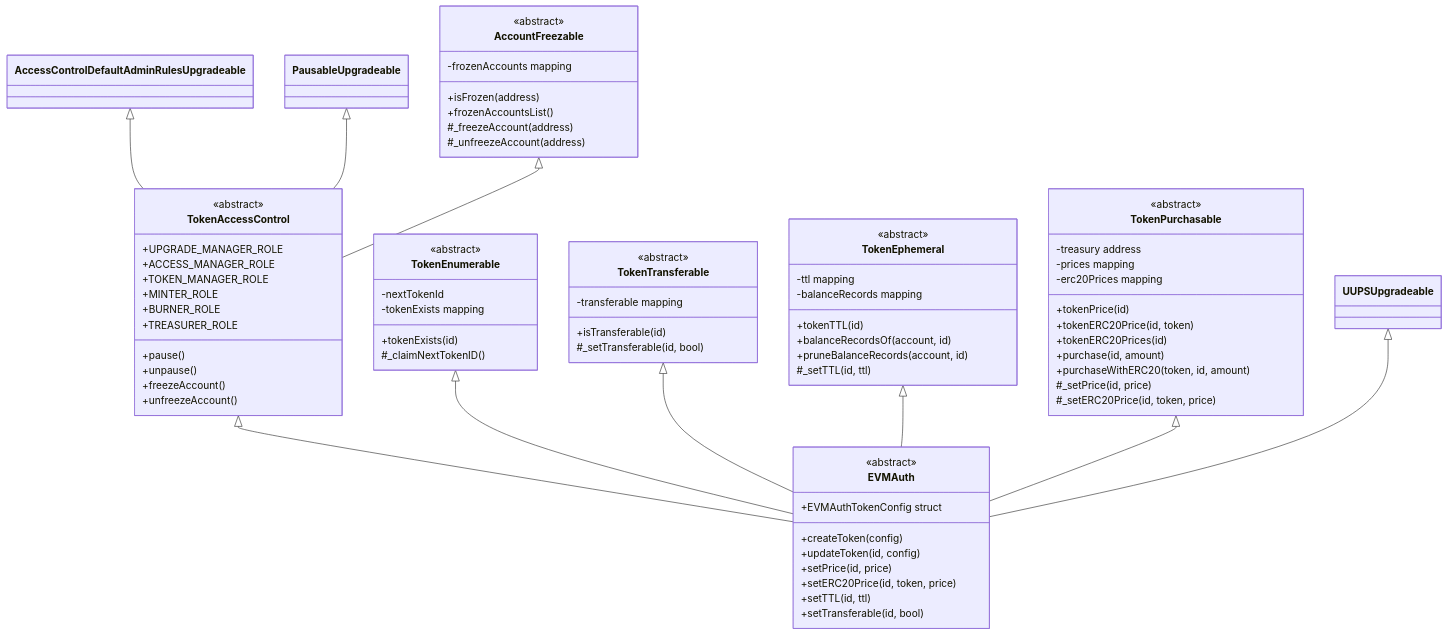
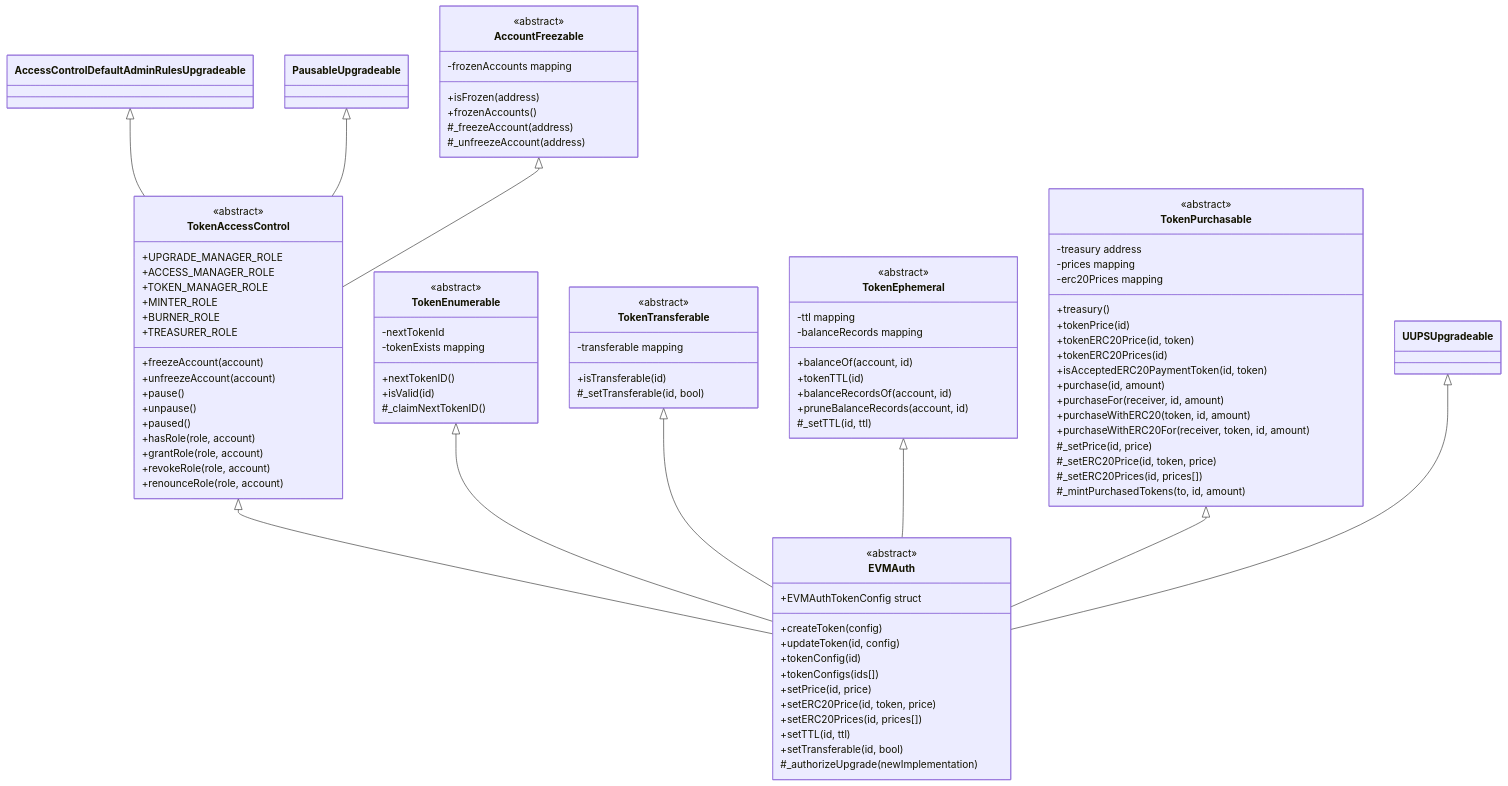
The first of 3 diagrams in src/README.md (glanzz/evmauth-core), drawn with Mermaid before and after one commit. The commit also changed other lines of this file, not shown here.

Commit message:
docs: ensure all class diagrams are accurate

```diff
--- a/src/README.md
+++ b/src/README.md
@@ -22,17 +22,24 @@
         +MINTER_ROLE
         +BURNER_ROLE
         +TREASURER_ROLE
+        +freezeAccount(account)
+        +unfreezeAccount(account)
+        <<inherited from Pausable>>
         +pause()
         +unpause()
-        +freezeAccount()
-        +unfreezeAccount()
+        +paused()
+        <<inherited from AccessControl>>
+        +hasRole(role, account)
+        +grantRole(role, account)
+        +revokeRole(role, account)
+        +renounceRole(role, account)
     }
     
     class AccountFreezable {
         <<abstract>>
         -frozenAccounts mapping
         +isFrozen(address)
-        +frozenAccountsList()
+        +frozenAccounts()
         #_freezeAccount(address)
         #_unfreezeAccount(address)
     }
@@ -41,7 +48,8 @@
         <<abstract>>
         -nextTokenId
         -tokenExists mapping
-        +tokenExists(id)
+        +nextTokenID()
+        +isValid(id)
         #_claimNextTokenID()
     }
     
@@ -56,6 +64,7 @@
         <<abstract>>
         -ttl mapping
         -balanceRecords mapping
+        +balanceOf(account, id)
         +tokenTTL(id)
         +balanceRecordsOf(account, id)
         +pruneBalanceRecords(account, id)
@@ -67,13 +76,19 @@
         -treasury address
         -prices mapping
         -erc20Prices mapping
+        +treasury()
         +tokenPrice(id)
         +tokenERC20Price(id, token)
         +tokenERC20Prices(id)
+        +isAcceptedERC20PaymentToken(id, token)
         +purchase(id, amount)
+        +purchaseFor(receiver, id, amount)
         +purchaseWithERC20(token, id, amount)
+        +purchaseWithERC20For(receiver, token, id, amount)
         #_setPrice(id, price)
         #_setERC20Price(id, token, price)
+        #_setERC20Prices(id, prices[])
+        #_mintPurchasedTokens(to, id, amount)
     }
     
     class EVMAuth {
@@ -81,10 +96,14 @@
         +EVMAuthTokenConfig struct
         +createToken(config)
         +updateToken(id, config)
+        +tokenConfig(id)
+        +tokenConfigs(ids[])
         +setPrice(id, price)
         +setERC20Price(id, token, price)
+        +setERC20Prices(id, prices[])
         +setTTL(id, ttl)
         +setTransferable(id, bool)
+        #_authorizeUpgrade(newImplementation)
     }
     
     AccessControlDefaultAdminRulesUpgradeable <|-- TokenAccessControl
```
